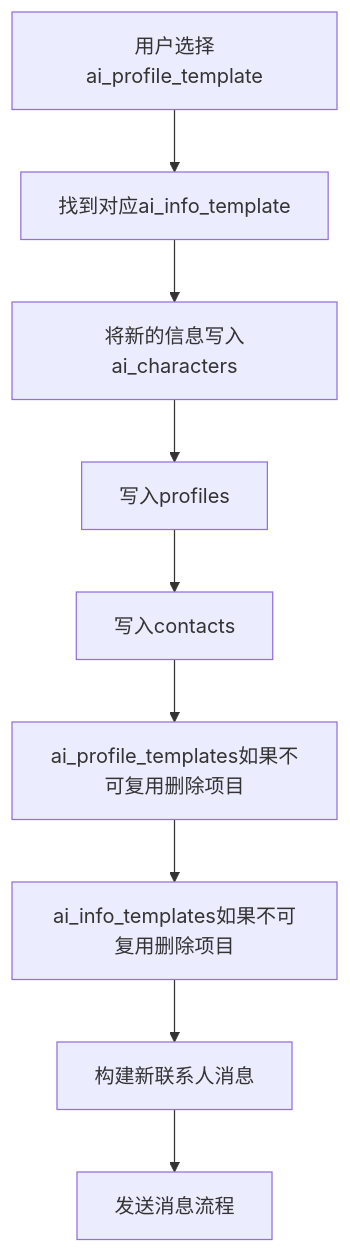
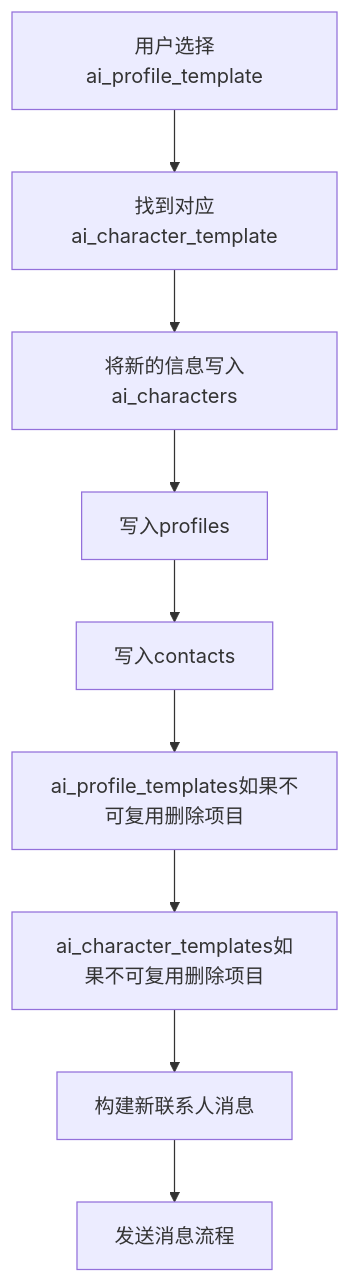
Before and after one commit to Monopink/ailo: the first of 2 diagrams in docs/prototype/ai-chat.md, drawn with Mermaid. The commit also changed other lines of this file and 148 other files, not shown here.

````diff
--- a/docs/prototype/ai-chat.md
+++ b/docs/prototype/ai-chat.md
@@ -5,11 +5,11 @@
 ```mermaid
 flowchart TB
-    n1["用户选择ai_profile_template"] --> n2["找到对应ai_info_template"]
+    n1["用户选择ai_profile_template"] --> n2["找到对应ai_character_template"]
     n2 --> n3["将新的信息写入ai_characters"]
     n3 --> n4["写入profiles"]
     n4 --> n5["写入contacts"]
     n5 --> n6["ai_profile_templates如果不可复用删除项目"]
-    n6 --> n7["ai_info_templates如果不可复用删除项目"]
+    n6 --> n7["ai_character_templates如果不可复用删除项目"]
     n7 --> n8["构建新联系人消息"]
     n8 --> n9["发送消息流程"]
 ```
````
